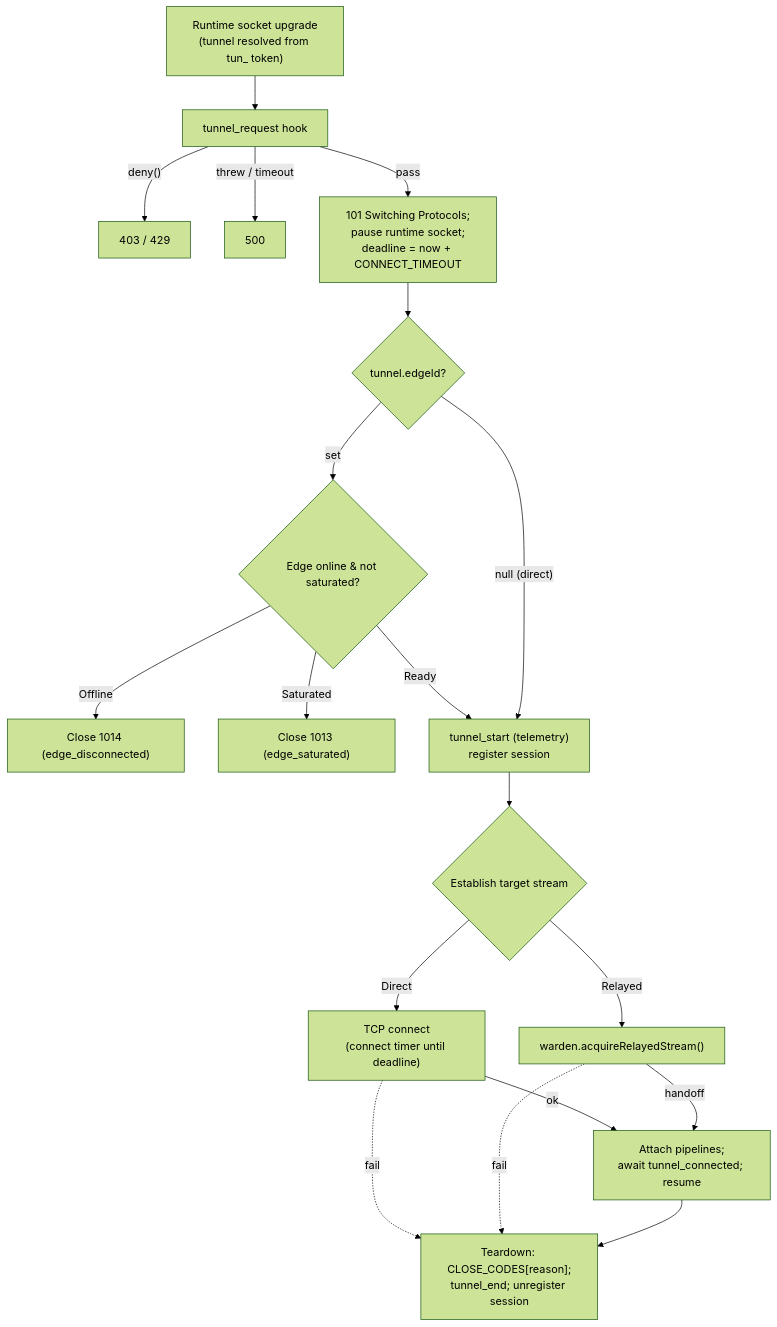
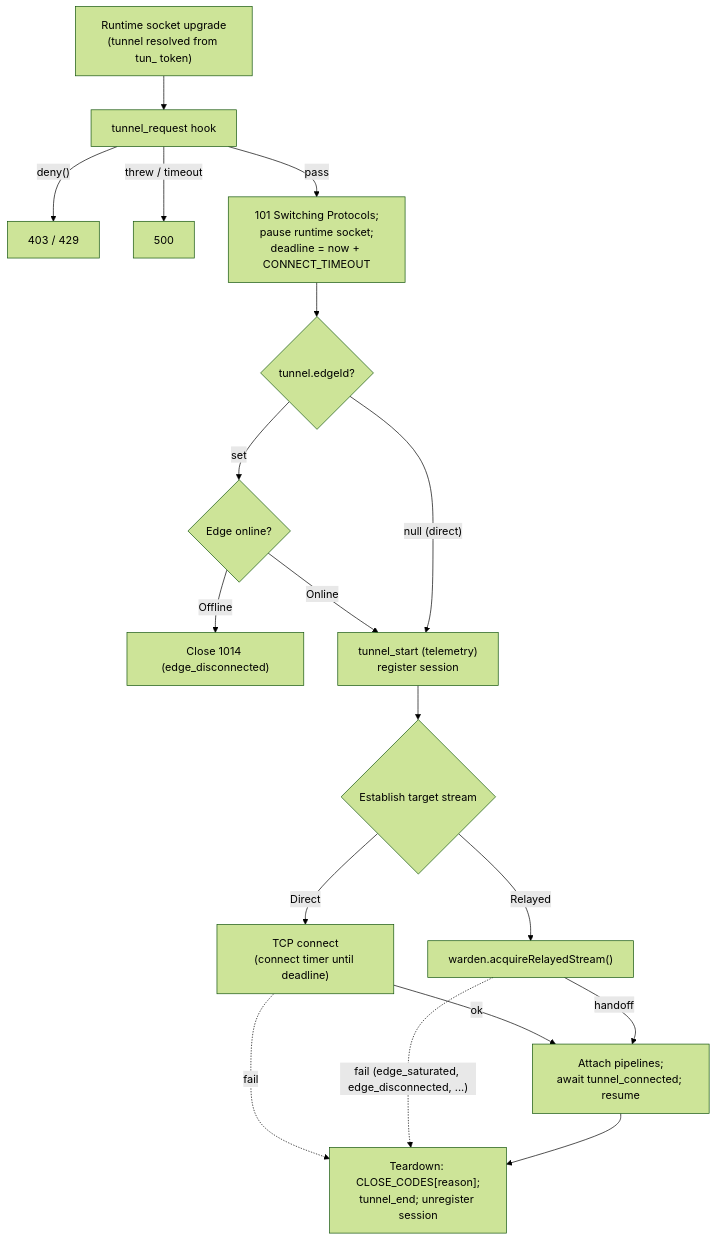
Before and after one commit to fullstackedorg/tunnels: the diagram in docs/3-subsystems/tunnel-handlers.md, drawn with Mermaid (forest theme). The commit also changed other lines of this file and 70 other files, not shown here.

````diff
--- a/docs/3-subsystems/tunnel-handlers.md
+++ b/docs/3-subsystems/tunnel-handlers.md
@@ -3,21 +3,20 @@
 ```mermaid
 flowchart TD
     In["Runtime socket upgrade\n(tunnel resolved from tun_ token)"] --> Gate["tunnel_request hook"]
     Gate -->|"deny()"| R403["403 / 429"]
     Gate -->|"threw / timeout"| R500["500"]
     Gate -->|"pass"| Accept["101 Switching Protocols;\npause runtime socket;\ndeadline = now + CONNECT_TIMEOUT"]
     Accept --> Kind{"tunnel.edgeId?"}
-    Kind -->|"set"| Live{"Edge online & not saturated?"}
+    Kind -->|"set"| Live{"Edge online?"}
     Live -->|"Offline"| C1014["Close 1014 (edge_disconnected)"]
-    Live -->|"Saturated"| C1013["Close 1013 (edge_saturated)"]
-    Live -->|"Ready"| Start
+    Live -->|"Online"| Start
     Kind -->|"null (direct)"| Start["tunnel_start (telemetry)\nregister session"]
     Start --> Dial{"Establish target stream"}
     Dial -->|"Direct"| TCP["TCP connect\n(connect timer until deadline)"]
     Dial -->|"Relayed"| Warden["warden.acquireRelayedStream()"]
     TCP -->|"ok"| Splice
     Warden -->|"handoff"| Splice["Attach pipelines;\nawait tunnel_connected; resume"]
     TCP -.->|"fail"| Teardown
-    Warden -.->|"fail"| Teardown
+    Warden -.->|"fail (edge_saturated, edge_disconnected, ...)"| Teardown
     Splice --> Teardown["Teardown: CLOSE_CODES[reason];\ntunnel_end; unregister session"]
 ```
````
